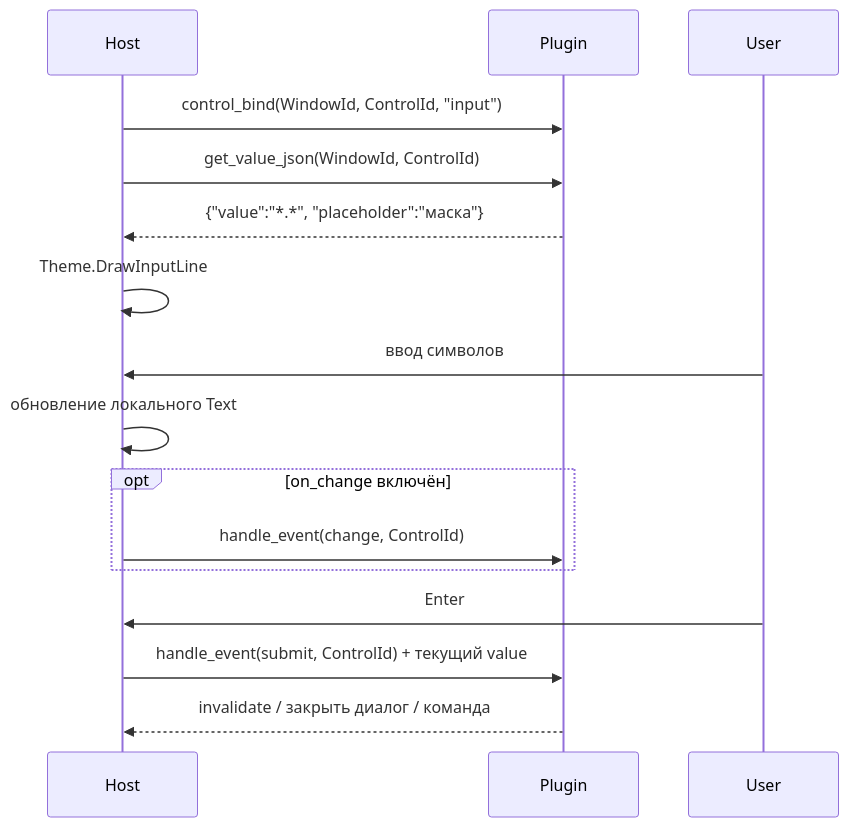
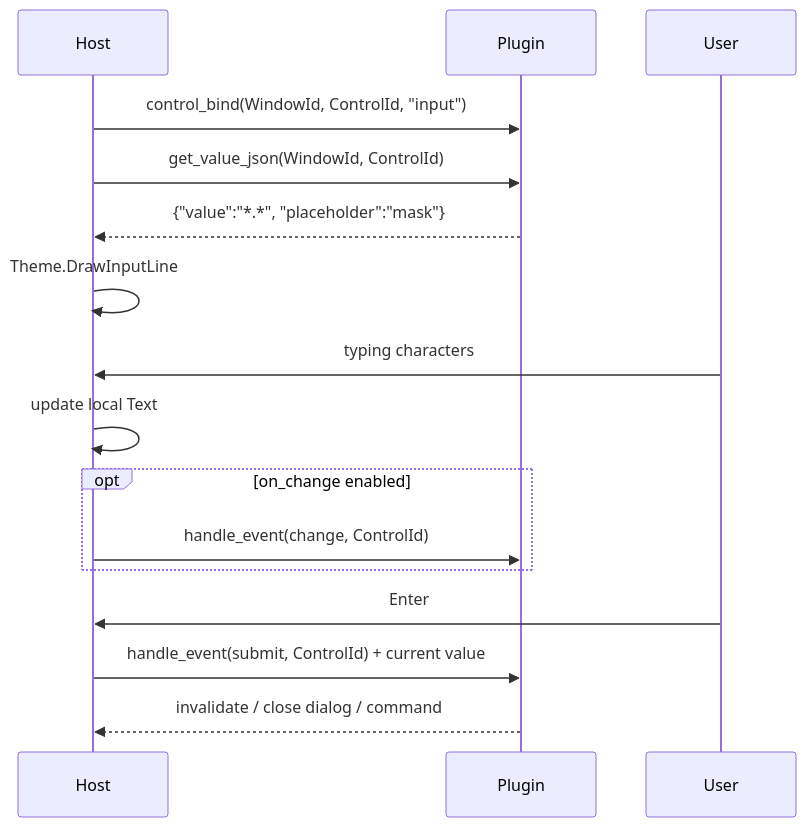
Before and after one commit to Laex/MTN2: the diagram in docs/INPUT_PLUGIN.md, drawn with Mermaid. The commit also changed other lines of this file and 120 other files, not shown here.

````diff
--- a/docs/INPUT_PLUGIN.md
+++ b/docs/INPUT_PLUGIN.md
@@ -35,18 +37,18 @@
 ```mermaid
 sequenceDiagram
     participant Host
     participant Plug as Plugin
 
     Host->>Plug: control_bind(WindowId, ControlId, "input")
     Host->>Plug: get_value_json(WindowId, ControlId)
-    Plug-->>Host: {"value":"*.*", "placeholder":"маска"}
+    Plug-->>Host: {"value":"*.*", "placeholder":"mask"}
     Host->>Host: Theme.DrawInputLine
-    User->>Host: ввод символов
-    Host->>Host: обновление локального Text
-    opt on_change включён
+    User->>Host: typing characters
+    Host->>Host: update local Text
+    opt on_change enabled
         Host->>Plug: handle_event(change, ControlId)
     end
     User->>Host: Enter
-    Host->>Plug: handle_event(submit, ControlId) + текущий value
-    Plug-->>Host: invalidate / закрыть диалог / команда
+    Host->>Plug: handle_event(submit, ControlId) + current value
+    Plug-->>Host: invalidate / close dialog / command
 ```
````
